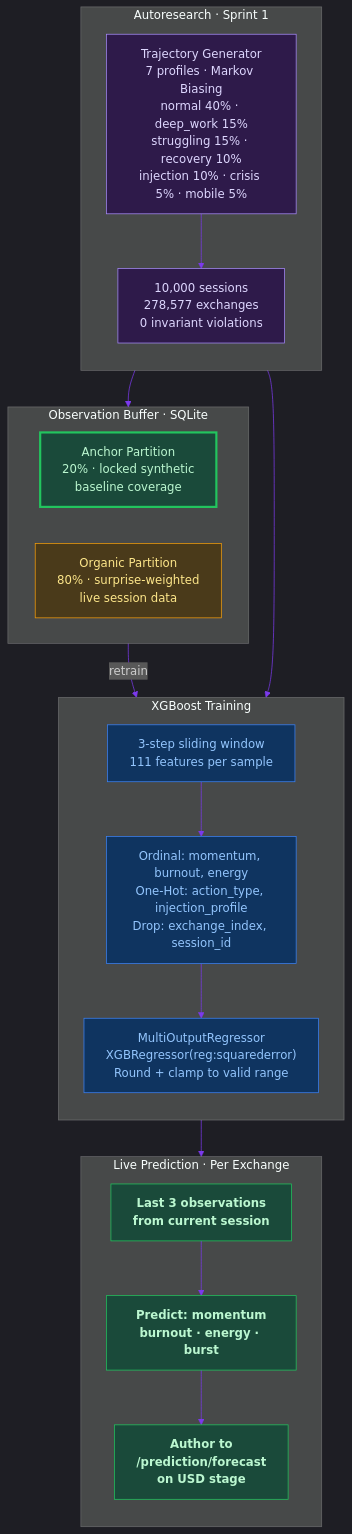
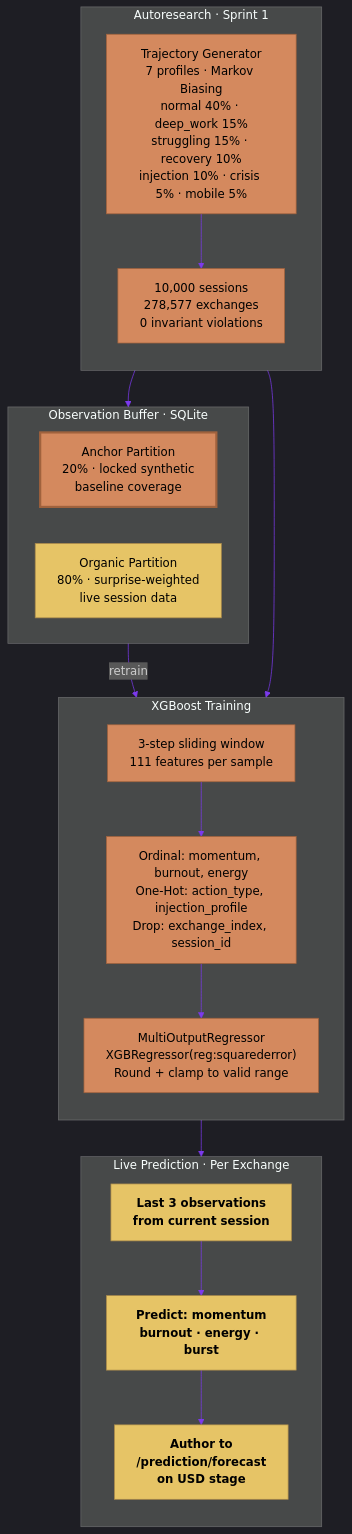
One commit to JosephOIbrahim/Harlo changed diagram 11 of 11 in README.md. Above: the diagram before and after it, drawn with Mermaid. The commit also changed other lines of this file, not shown here.

First line of the commit message:
style(readme): unify mermaid diagrams to a 2-color muted orange/yellow scheme with black text

````diff
--- a/README.md
+++ b/README.md
@@ -651,43 +651,43 @@
 ```mermaid
 %%{init: {'theme': 'dark', 'themeVariables': {'primaryColor': '#1a1a2e', 'primaryTextColor': '#e0e0e0', 'primaryBorderColor': '#7c3aed', 'lineColor': '#7c3aed'}}}%%
 graph TB
     subgraph SYNTHETIC["Autoresearch · Sprint 1"]
         direction TB
         GEN["Trajectory Generator\n7 profiles · Markov Biasing\nnormal 40% · deep_work 15%\nstruggling 15% · recovery 10%\ninjection 10% · crisis 5% · mobile 5%"]:::gen
         TRAJ["10,000 sessions\n278,577 exchanges\n0 invariant violations"]:::gen
         GEN --> TRAJ
     end
 
     subgraph BUFFER["Observation Buffer · SQLite"]
         direction LR
         ANCHOR["Anchor Partition\n20% · locked synthetic\nbaseline coverage"]:::anchor
         ORGANIC["Organic Partition\n80% · surprise-weighted\nlive session data"]:::organic
     end
 
     subgraph TRAINING["XGBoost Training"]
         direction TB
         WINDOW["3-step sliding window\n111 features per sample"]:::train
         ENCODE["Ordinal: momentum, burnout, energy\nOne-Hot: action_type, injection_profile\nDrop: exchange_index, session_id"]:::train
         MODEL["MultiOutputRegressor\nXGBRegressor(reg:squarederror)\nRound + clamp to valid range"]:::train
         WINDOW --> ENCODE --> MODEL
     end
 
     subgraph LIVE["Live Prediction · Per Exchange"]
         direction TB
         OBS_WIN["Last 3 observations\nfrom current session"]:::live
         PRED["Predict: momentum\nburnout · energy · burst"]:::live
         AUTHOR["Author to\n/prediction/forecast\non USD stage"]:::live
         OBS_WIN --> PRED --> AUTHOR
     end
 
     TRAJ --> ANCHOR
     TRAJ --> TRAINING
     ORGANIC -->|"retrain"| TRAINING
     MODEL --> LIVE
 
-    classDef gen fill:#2e1a4a,stroke:#a78bfa,color:#ddd6fe
-    classDef anchor fill:#1a4a3a,stroke:#22c55e,color:#bbf7d0,stroke-width:3px
-    classDef organic fill:#4a3a1a,stroke:#f59e0b,color:#fde68a
-    classDef train fill:#0f3460,stroke:#3b82f6,color:#93c5fd
-    classDef live fill:#1a4a3a,stroke:#22c55e,color:#bbf7d0,font-weight:bold
+    classDef gen fill:#d4895e,stroke:#a0623d,color:#000000
+    classDef anchor fill:#d4895e,stroke:#a0623d,color:#000000,stroke-width:3px
+    classDef organic fill:#e6c466,stroke:#a8884a,color:#000000
+    classDef train fill:#d4895e,stroke:#a0623d,color:#000000
+    classDef live fill:#e6c466,stroke:#a8884a,color:#000000,font-weight:bold
 ```
````
